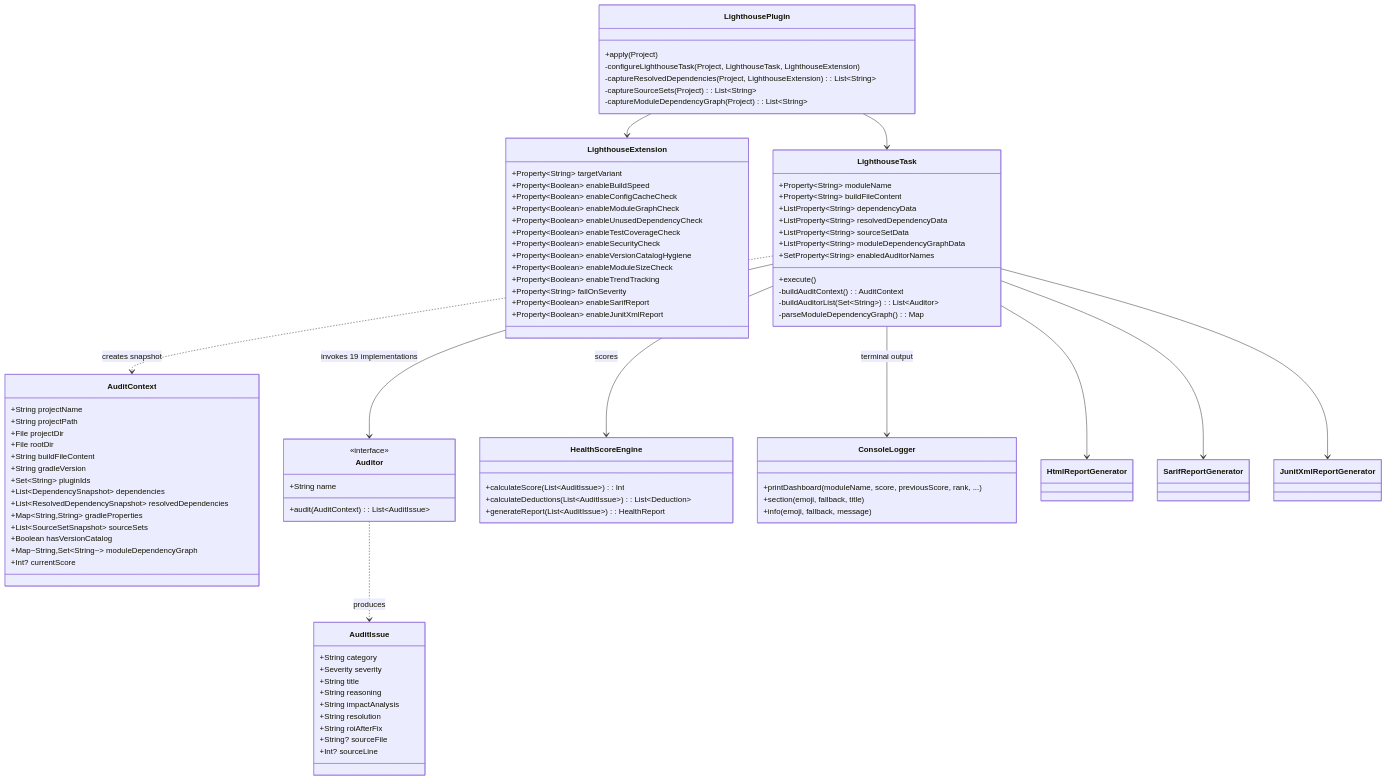
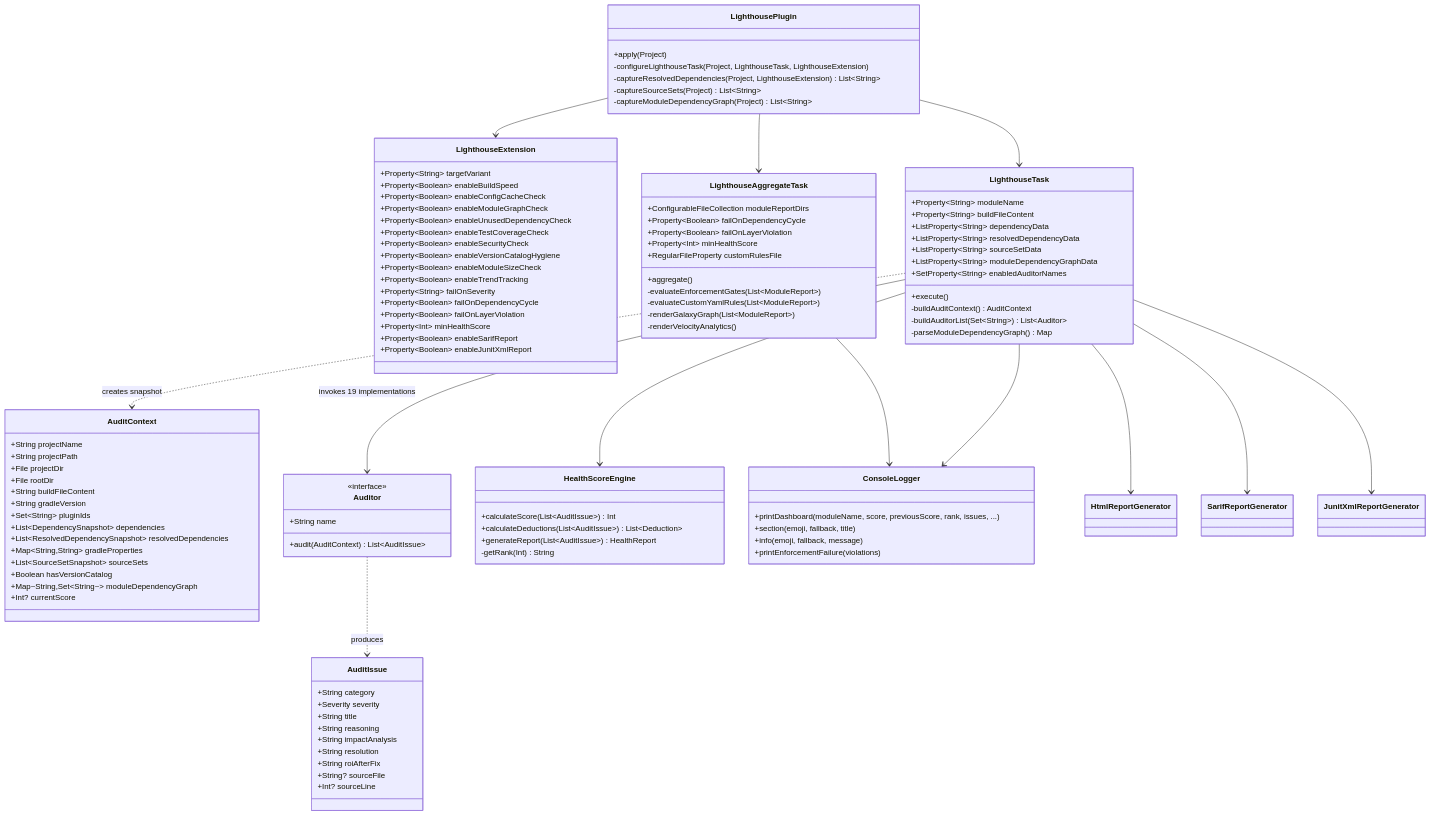
The diagram in docs/LLD.md (dev-vikas-soni/gradle-lighthouse), drawn with Mermaid before and after one commit. The commit also changed other lines of this file and 62 other files, not shown here.

```diff
--- a/docs/LLD.md
+++ b/docs/LLD.md
@@ -9,9 +24,9 @@
     class LighthousePlugin {
         +apply(Project)
         -configureLighthouseTask(Project, LighthouseTask, LighthouseExtension)
-        -captureResolvedDependencies(Project, LighthouseExtension): List~String~
-        -captureSourceSets(Project): List~String~
-        -captureModuleDependencyGraph(Project): List~String~
+        -captureResolvedDependencies(Project, LighthouseExtension) List~String~
+        -captureSourceSets(Project) List~String~
+        -captureModuleDependencyGraph(Project) List~String~
     }
 
     class LighthouseExtension {
@@ -26,6 +41,9 @@
         +Property~Boolean~ enableModuleSizeCheck
         +Property~Boolean~ enableTrendTracking
         +Property~String~ failOnSeverity
+        +Property~Boolean~ failOnDependencyCycle
+        +Property~Boolean~ failOnLayerViolation
+        +Property~Int~ minHealthScore
         +Property~Boolean~ enableSarifReport
         +Property~Boolean~ enableJunitXmlReport
     }
@@ -39,9 +57,22 @@
         +ListProperty~String~ moduleDependencyGraphData
         +SetProperty~String~ enabledAuditorNames
         +execute()
-        -buildAuditContext(): AuditContext
-        -buildAuditorList(Set~String~): List~Auditor~
-        -parseModuleDependencyGraph(): Map
+        -buildAuditContext() AuditContext
+        -buildAuditorList(Set~String~) List~Auditor~
+        -parseModuleDependencyGraph() Map
+    }
+
+    class LighthouseAggregateTask {
+        +ConfigurableFileCollection moduleReportDirs
+        +Property~Boolean~ failOnDependencyCycle
+        +Property~Boolean~ failOnLayerViolation
+        +Property~Int~ minHealthScore
+        +RegularFileProperty customRulesFile
+        +aggregate()
+        -evaluateEnforcementGates(List~ModuleReport~)
+        -evaluateCustomYamlRules(List~ModuleReport~)
+        -renderGalaxyGraph(List~ModuleReport~)
+        -renderVelocityAnalytics()
     }
 
     class AuditContext {
@@ -64,7 +95,7 @@
     class Auditor {
         <<interface>>
         +String name
-        +audit(AuditContext): List~AuditIssue~
+        +audit(AuditContext) List~AuditIssue~
     }
 
     class AuditIssue {
@@ -80,24 +111,28 @@
     }
 
     class HealthScoreEngine {
-        +calculateScore(List~AuditIssue~): Int
-        +calculateDeductions(List~AuditIssue~): List~Deduction~
-        +generateReport(List~AuditIssue~): HealthReport
+        +calculateScore(List~AuditIssue~) Int
+        +calculateDeductions(List~AuditIssue~) List~Deduction~
+        +generateReport(List~AuditIssue~) HealthReport
+        -getRank(Int) String
     }
 
     class ConsoleLogger {
-        +printDashboard(moduleName, score, previousScore, rank, ...)
+        +printDashboard(moduleName, score, previousScore, rank, issues, ...)
         +section(emoji, fallback, title)
         +info(emoji, fallback, message)
+        +printEnforcementFailure(violations)
     }
 
     LighthousePlugin --> LighthouseExtension
     LighthousePlugin --> LighthouseTask
+    LighthousePlugin --> LighthouseAggregateTask
     LighthouseTask ..> AuditContext : creates snapshot
     LighthouseTask --> Auditor : invokes 19 implementations
+    LighthouseAggregateTask --> ConsoleLogger
     Auditor ..> AuditIssue : produces
-    LighthouseTask --> HealthScoreEngine : scores
-    LighthouseTask --> ConsoleLogger : terminal output
+    LighthouseTask --> HealthScoreEngine
+    LighthouseTask --> ConsoleLogger
     LighthouseTask --> HtmlReportGenerator
     LighthouseTask --> SarifReportGenerator
     LighthouseTask --> JunitXmlReportGenerator
```
